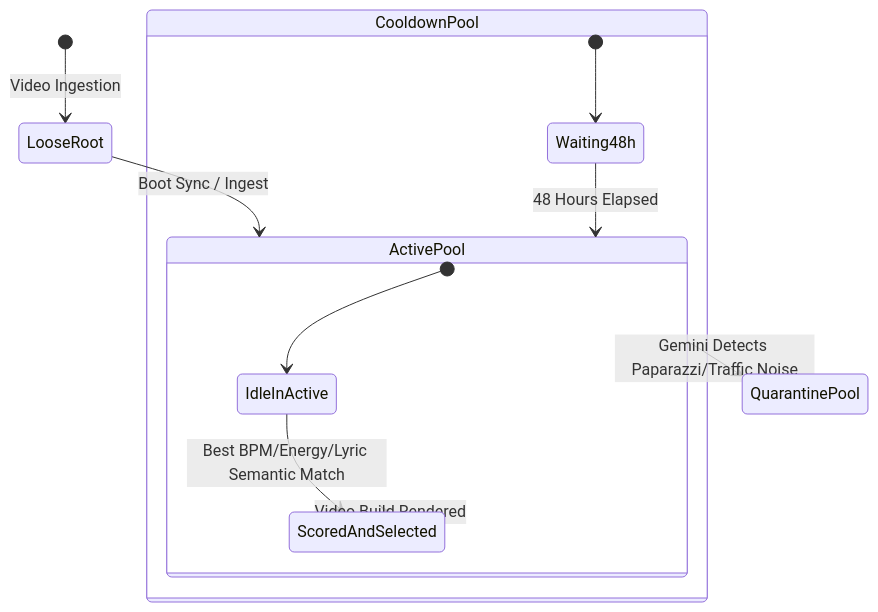
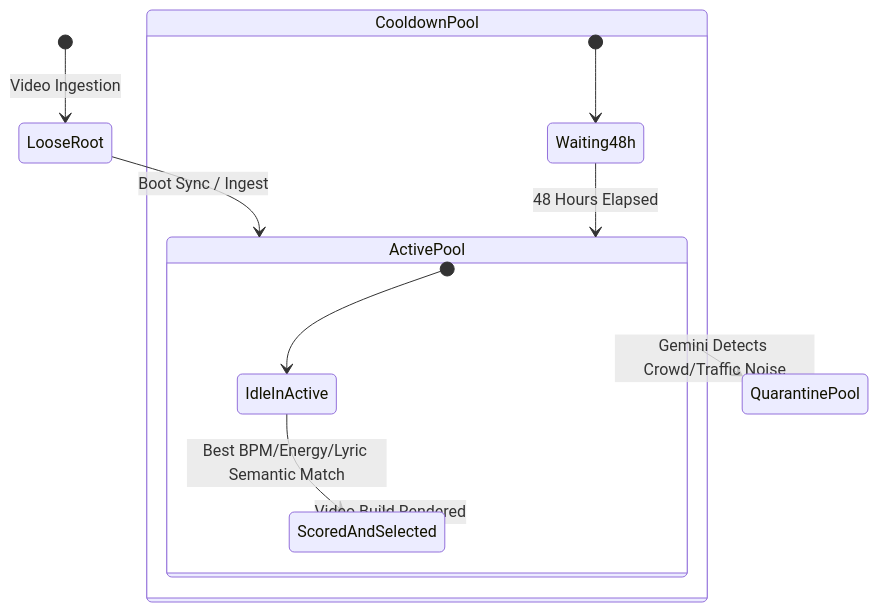
One commit to justmeauto/Gemini_editor changed the diagram in Audio_Modules/audio_pool_manager.md. Above: the diagram before and after it, drawn with Mermaid. The commit also changed other lines of this file and 19 other files, not shown here.

````diff
--- a/Audio_Modules/audio_pool_manager.md
+++ b/Audio_Modules/audio_pool_manager.md
@@ -63,18 +63,18 @@
 ```mermaid
 stateDiagram-v2
     [*] --> LooseRoot: Video Ingestion
     LooseRoot --> ActivePool: Boot Sync / Ingest
     
     state ActivePool {
         [*] --> IdleInActive
         IdleInActive --> ScoredAndSelected: Best BPM/Energy/Lyric Semantic Match
     }
     
-    ActivePool --> QuarantinePool: Gemini Detects Paparazzi/Traffic Noise
+    ActivePool --> QuarantinePool: Gemini Detects Crowd/Traffic Noise
     ScoredAndSelected --> CooldownPool: Video Build Rendered
     
     state CooldownPool {
         [*] --> Waiting48h
         Waiting48h --> ActivePool: 48 Hours Elapsed
     }
 ```
````
